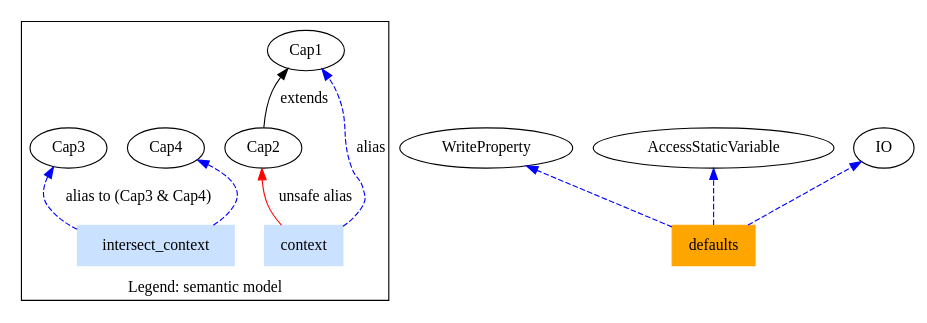
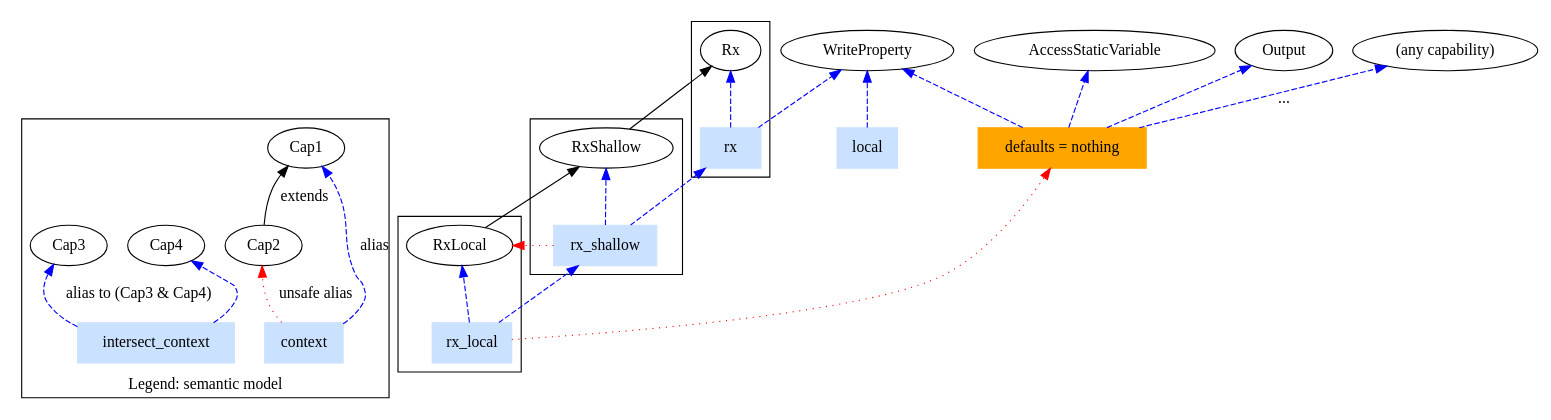
One commit to facebook/hhvm changed the diagram in hphp/hack/doc/coeffects/graph_v0.dot. Above: the diagram before and after it, drawn with Graphviz. The commit also changed 24 other files, not shown here.

```diff
--- a/hphp/hack/doc/coeffects/graph_v0.dot
+++ b/hphp/hack/doc/coeffects/graph_v0.dot
@@ -1,31 +1,66 @@
 digraph G {
   subgraph cluster_legend {
     label="Legend: semantic model"
 
     Cap2 -> Cap1 [label="extends"];
 
     context [shape="rect", color=lightsteelblue1, style=filled];
     context -> Cap1 [label="alias", style=dashed, color=blue];
-    context -> Cap2 [label="unsafe alias", color=red];
+    context -> Cap2 [label="unsafe alias", style=dotted, color=red];
 
     intersect_context [shape="rect", color=lightsteelblue1, style=filled];
     intersect_context -> Cap3 [label="alias to (Cap3 & Cap4)", style=dashed, color=blue];
     intersect_context -> Cap4 [style=dashed, color=blue];
   };
 
   // contexts
-  "defaults" [shape="rect", color=orange, style=filled];
+  "defaults" [shape="rect", color=orange, style=filled, label="defaults = nothing"];
+
+  "local"           [shape="rect", color=lightsteelblue1, style=filled];
+  "rx"              [shape="rect", color=lightsteelblue1, style=filled];
+  "rx_local"        [shape="rect", color=lightsteelblue1, style=filled];
+  "rx_shallow"      [shape="rect", color=lightsteelblue1, style=filled];
 
   // capabilities
+  "AccessStaticVariable";
+  "Output";
   "WriteProperty";
-  "AccessStaticVariable";
-  "IO";
+
+  "RxLocal" -> "RxShallow"
+  "RxShallow" -> "Rx"
 
   // safe arrows
-  "defaults" -> "WriteProperty" [color="blue", style="dashed"];
-  "defaults" -> "AccessStaticVariable" [color="blue", style="dashed"];
-  "defaults" -> "IO" [color="blue", style="dashed"];
+  "defaults" -> "WriteProperty"        [color=blue, style=dashed];
+  "defaults" -> "AccessStaticVariable" [color=blue, style=dashed];
+  "defaults" -> "Output"               [color=blue, style=dashed];
+
+  "local" -> "WriteProperty" [color=blue, style=dashed];
+
+  "rx" -> "WriteProperty"    [color=blue, style=dashed];
+  "rx_local" -> "rx_shallow" [color=blue, style=dashed];
+  "rx_shallow" -> "rx"       [color=blue, style=dashed];
+
+  // unsafe arrows
+  // note: defaults=nothing already connects defaults to everything!
+  "rx_local" -> "defaults"   [color=red, style=dotted];
+  "rx_shallow" -> "RxLocal"  [color=red, style=dotted];
+
+  subgraph cluster_rx {
+    "rx" -> "Rx" [color=blue, style=dashed];
+  };
+  subgraph cluster_rxl {
+    "rx_local" -> "RxLocal" [color=blue, style=dashed];
+  };
+  subgraph cluster_rxs {
+    "rx_shallow" -> "RxShallow" [color=blue, style=dashed];
+  };
+
+  // cosmetic changes
+  "defaults" -> "(any capability)" [label="...", color=blue, style=dashed]
+  dummy1 [ style=invis ]
+  "rx_local" -> dummy1 [ style=invis ]
+  dummy1 -> "defaults" [ style=invis ]
 
   // makes arrows point bottom to top
-  rankdir = "BT"
+  rankdir = BT
 }
```
